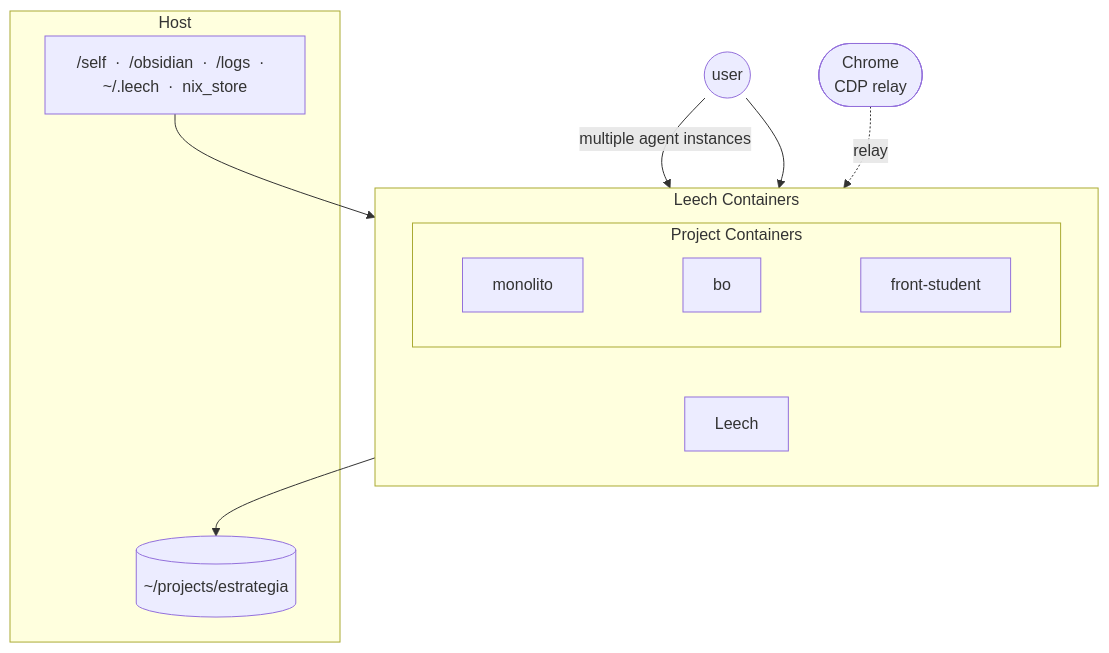
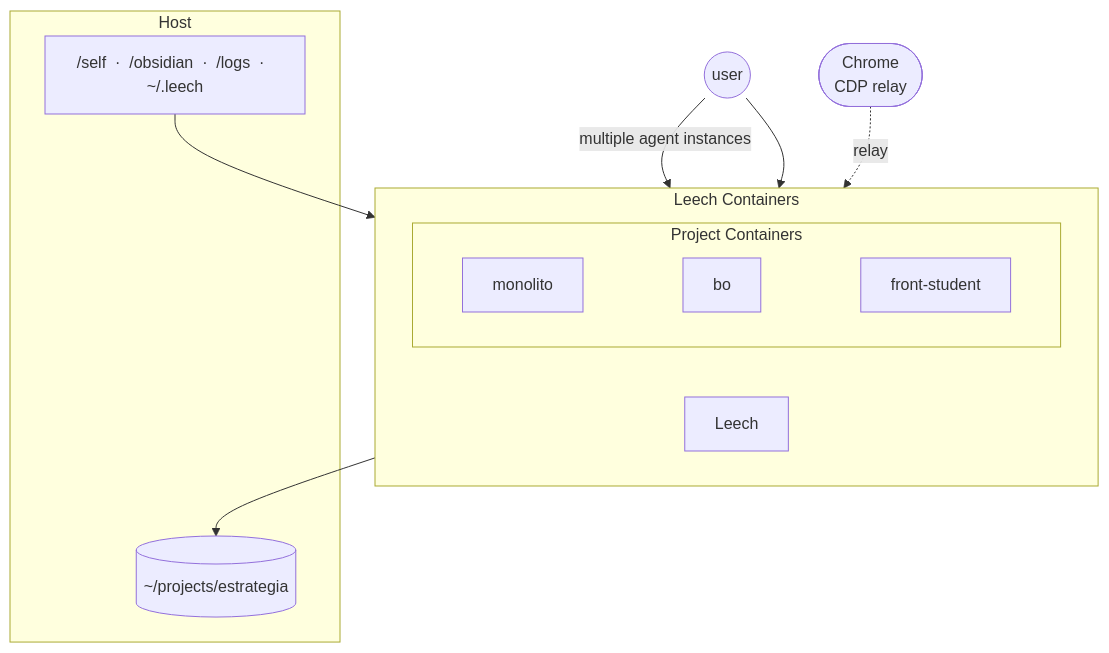
Before and after one commit to autibequi/nixos: the diagram in README.md, drawn with Mermaid. The commit also changed 5 other files, not shown here.

````diff
--- a/README.md
+++ b/README.md
@@ -7,25 +7,25 @@
 ```mermaid
 graph TB
     USER(("user"))
     CHROME(["Chrome<br/>CDP relay"])
 
     subgraph CONTAINERS["Leech Containers"]
         direction LR
         L["Leech"]
         subgraph APP["Project Containers"]
             direction LR
             MONO["monolito"] ~~~ BO["bo"] ~~~ FRONT["front-student"]
         end
     end
 
     subgraph HOST["Host"]
-        VOLS["/self  ·  /obsidian  ·  /logs  ·  ~/.leech  ·  nix_store"]
+        VOLS["/self  ·  /obsidian  ·  /logs  ·  ~/.leech"]
         PROJ[("~/projects/estrategia")]
     end
 
     USER -->|multiple agent instances| L
     USER --> APP
     CHROME -.->|relay| L
     VOLS --> CONTAINERS
     CONTAINERS --> PROJ
 ```
````
